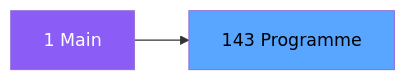
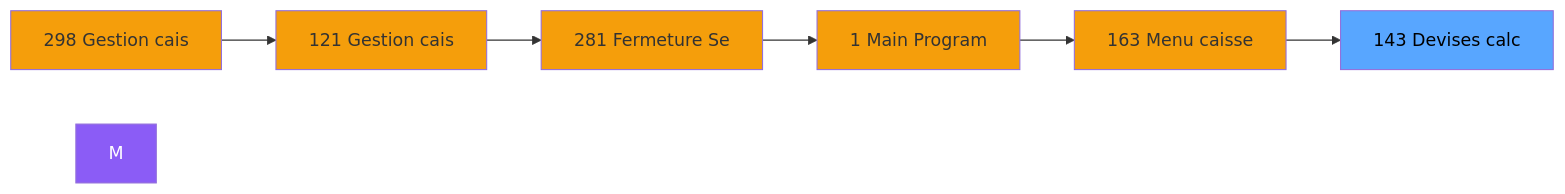
Before and after one commit to thonyAGP/magic-migration: the second of 3 diagrams in .openspec/specs/ADH-IDE-143.md, drawn with Mermaid. The commit also changed other lines of this file and 323 other files, not shown here.

````diff
--- a/.openspec/specs/ADH-IDE-143.md
+++ b/.openspec/specs/ADH-IDE-143.md
@@ -100,8 +108,21 @@
 ```mermaid
 graph LR
-    M[1 Main]
-    T[143 Programme]
-    M --> T
+    N298[298 Gestion cais]
+    N121[121 Gestion cais]
+    N281[281 Fermeture Se]
+    N1[1 Main Program]
+    N163[163 Menu caisse ]
+    T[143 Devises calc]
+    N298 --> N121
+    N121 --> N281
+    N281 --> N1
+    N1 --> N163
+    N163 --> T
     style M fill:#8b5cf6,color:#fff
+    style N298 fill:#f59e0b
+    style N121 fill:#f59e0b
+    style N281 fill:#f59e0b
+    style N1 fill:#f59e0b
+    style N163 fill:#f59e0b
     style T fill:#58a6ff,color:#000
 ```
````
